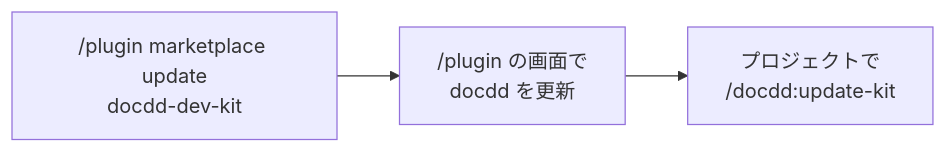
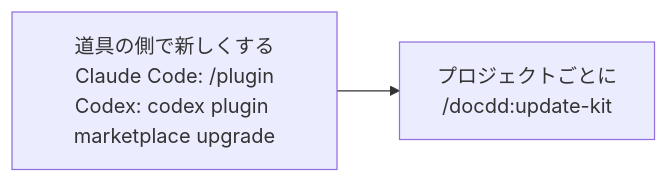
One commit to no1013kota/claude-docdd-dev-kit changed the fifth of 5 diagrams in plugins/docdd/README.md. Above: the diagram before and after it, drawn with Mermaid. The commit also changed other lines of this file and 2 other files, not shown here.

First line of the commit message:
docs: 入れ方と更新を、Claude Code と Codex で対になるように書き直す

````diff
--- a/plugins/docdd/README.md
+++ b/plugins/docdd/README.md
@@ -366,4 +371,4 @@
 ```mermaid
 flowchart LR
-  A["/plugin marketplace update<br/>docdd-dev-kit"] --> B["/plugin の画面で<br/>docdd を更新"] --> C["プロジェクトで<br/>/docdd:update-kit"]
+  A["道具の側で新しくする<br/>Claude Code: /plugin<br/>Codex: codex plugin marketplace upgrade"] --> B["プロジェクトごとに<br/>/docdd:update-kit"]
 ```
````
